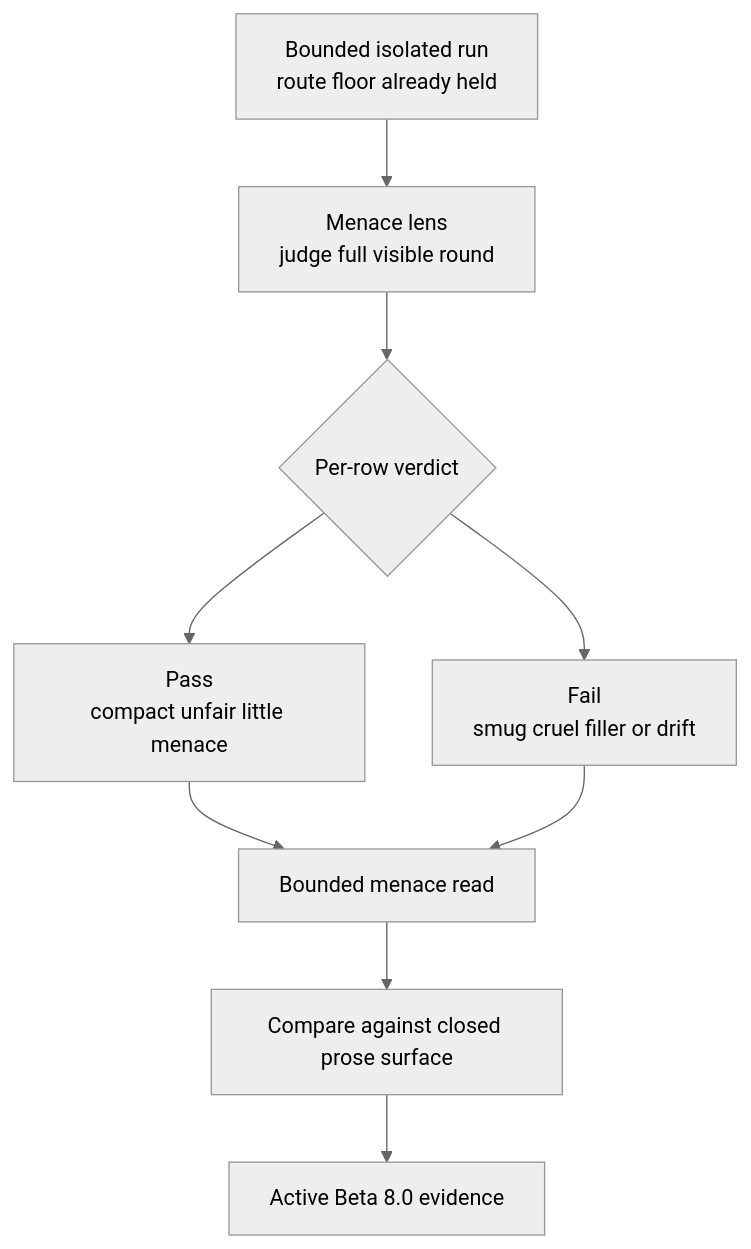
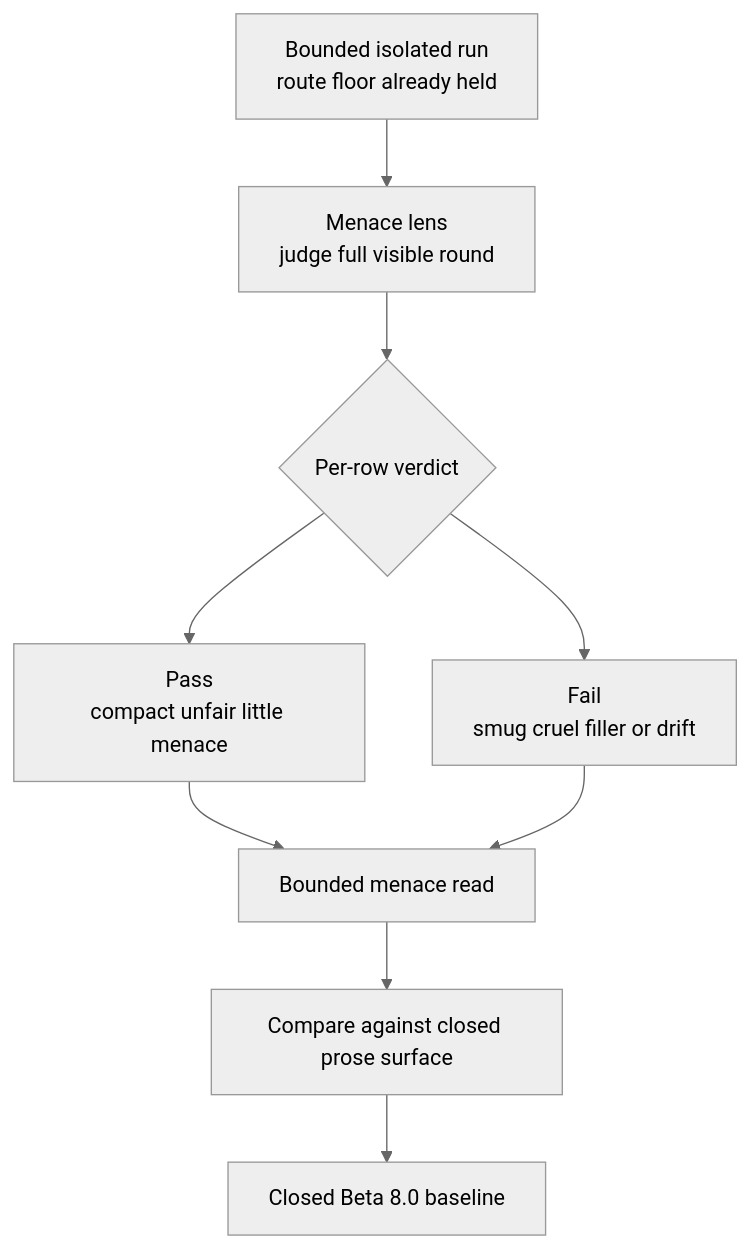
Before and after one commit to tryskian/scorey: the first of 2 diagrams in docs/research/080_B-MENACE_JUDGEMENT.md, drawn with Mermaid (neutral theme). The commit also changed other lines of this file and 11 other files, not shown here.

````diff
--- a/docs/research/080_B-MENACE_JUDGEMENT.md
+++ b/docs/research/080_B-MENACE_JUDGEMENT.md
@@ -84,16 +92,16 @@
 ```mermaid
 flowchart TD
   A["Bounded isolated run<br/>route floor already held"]
   B["Menace lens<br/>judge full visible round"]
   C{"Per-row verdict"}
   D["Pass<br/>compact unfair little menace"]
   E["Fail<br/>smug cruel filler or drift"]
   F["Bounded menace read"]
   G["Compare against closed prose surface"]
-  H["Active Beta 8.0 evidence"]
+  H["Closed Beta 8.0 baseline"]
 
   A --> B --> C
   C --> D --> F
   C --> E --> F
   F --> G --> H
 ```
````
